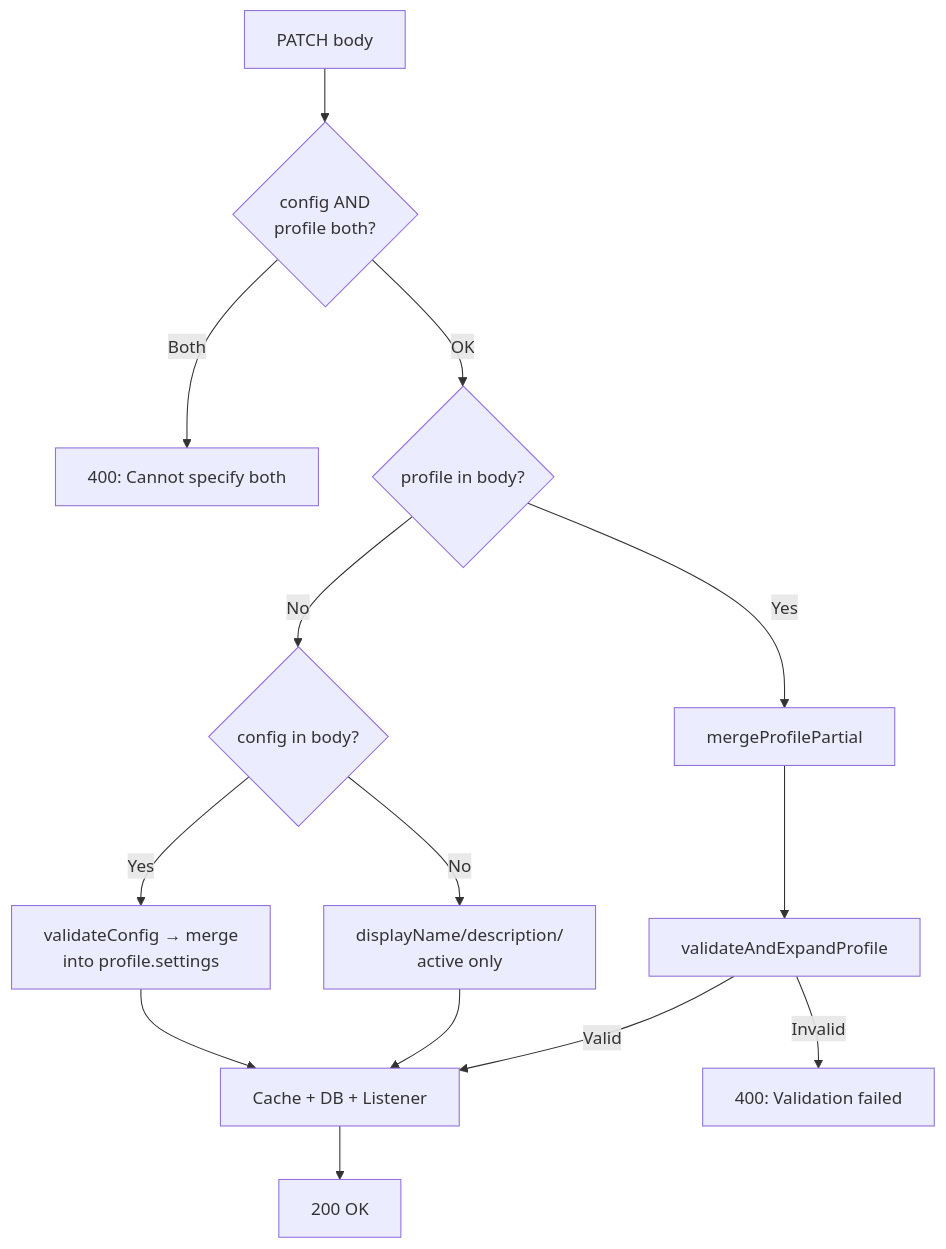
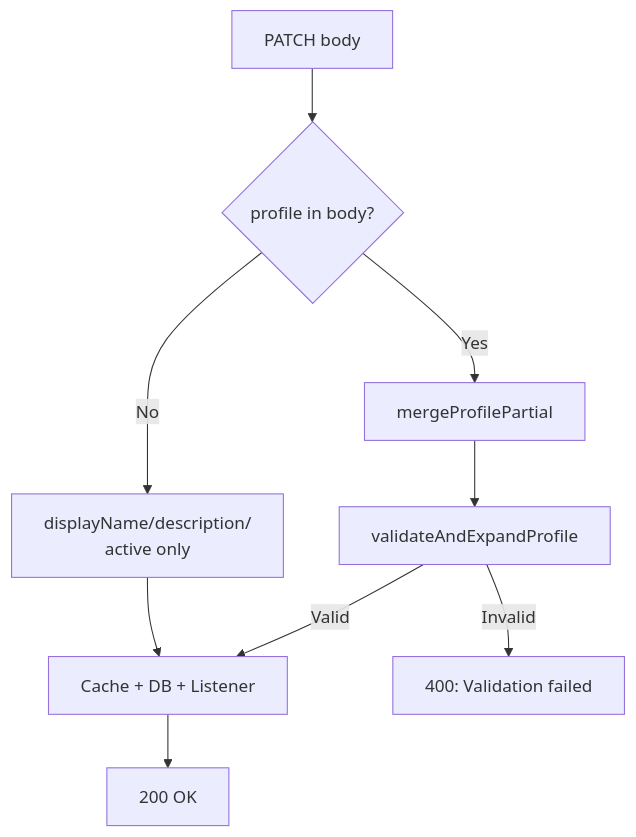
Before and after one commit to pranems/SCIMServer: the third of 7 diagrams in docs/ENDPOINT_PROFILE_ARCHITECTURE.md, drawn with Mermaid. The commit also changed other lines of this file and 28 other files, not shown here.

First line of the commit message:
refactor!: remove legacy endpoint.config admin API field  profile.settings is sole input

````diff
--- a/docs/ENDPOINT_PROFILE_ARCHITECTURE.md
+++ b/docs/ENDPOINT_PROFILE_ARCHITECTURE.md
@@ -210,20 +221,14 @@
 ```mermaid
 flowchart TD
-    Start[PATCH body] --> MutExcl{config AND<br/>profile both?}
-    MutExcl -->|Both| E400[400: Cannot specify both]
-    MutExcl -->|OK| HasProfile{profile in body?}
+    Start[PATCH body] --> HasProfile{profile in body?}
 
     HasProfile -->|Yes| Merge[mergeProfilePartial]
-    HasProfile -->|No| HasConfig{config in body?}
-
-    HasConfig -->|Yes| LegacyMerge[validateConfig → merge<br/>into profile.settings]
-    HasConfig -->|No| OtherFields[displayName/description/<br/>active only]
+    HasProfile -->|No| OtherFields[displayName/description/<br/>active only]
 
     Merge --> Validate[validateAndExpandProfile]
-    LegacyMerge --> Update
     OtherFields --> Update
 
     Validate -->|Invalid| E400b[400: Validation failed]
     Validate -->|Valid| Update[Cache + DB + Listener]
     Update --> R200[200 OK]
 ```
````
